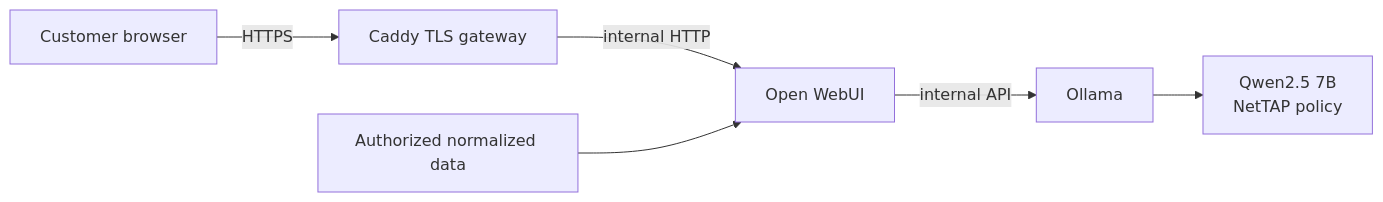
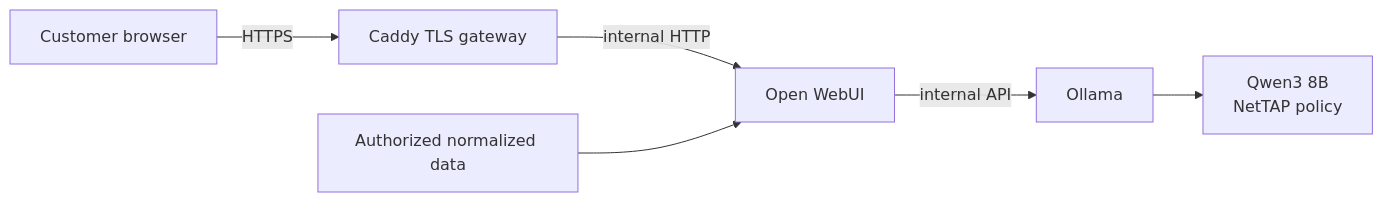
The diagram in docs/PRODUCTION_ARCHITECTURE.md (mpdwyer2367/nettap-packet-expert), drawn with Mermaid before and after one commit. The commit also changed 37 other files, not shown here.

````diff
--- a/docs/PRODUCTION_ARCHITECTURE.md
+++ b/docs/PRODUCTION_ARCHITECTURE.md
@@ -9,8 +9,8 @@
 ```mermaid
 flowchart LR
     B["Customer browser"] -->|HTTPS| G["Caddy TLS gateway"]
     G -->|internal HTTP| W["Open WebUI"]
     W -->|internal API| O["Ollama"]
-    O --> M["Qwen2.5 7B<br/>NetTAP policy"]
+    O --> M["Qwen3 8B<br/>NetTAP policy"]
     D["Authorized normalized data"] --> W
 ```
````
